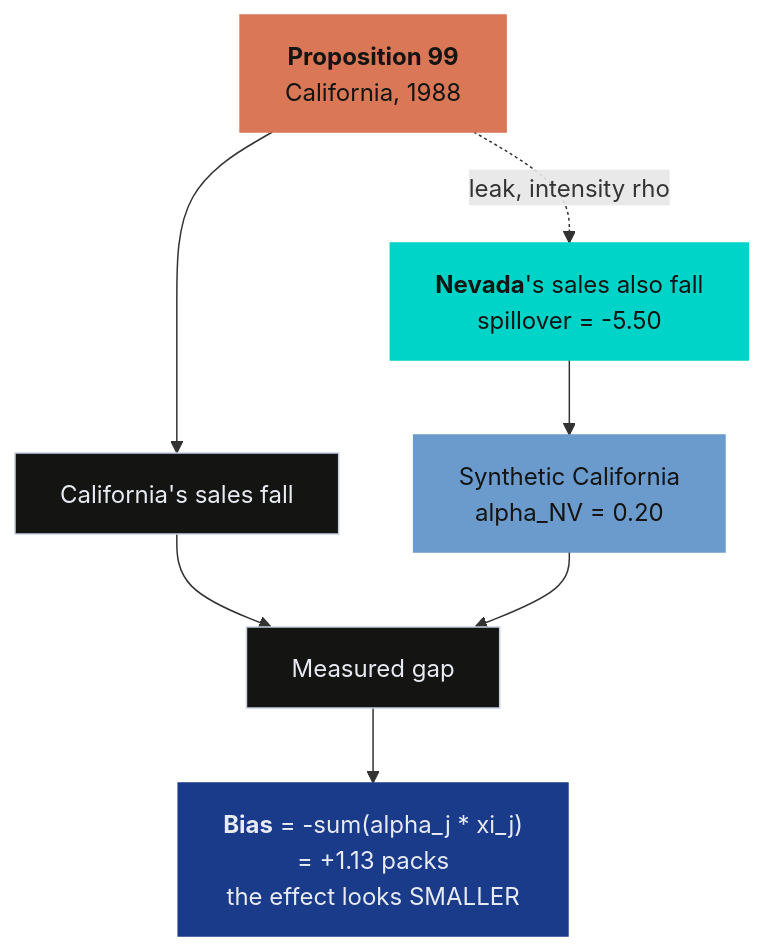
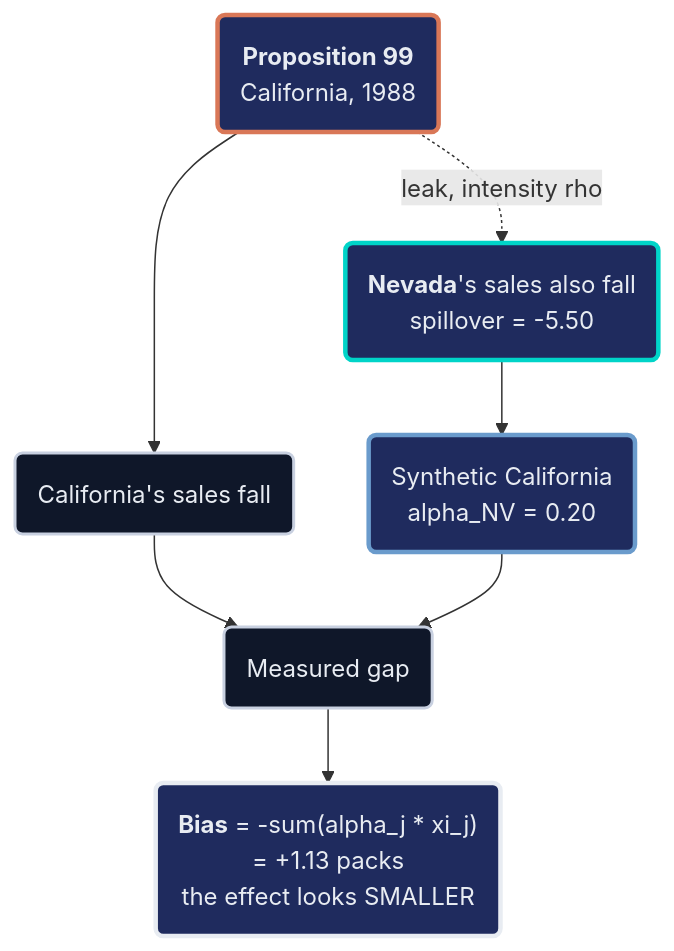
The second of 4 diagrams in content/post/python_sc_bayes_spatial/index.md (cmg777/starter-academic-v501), drawn with Mermaid before and after one commit. The commit also changed other lines of this file and 9 other files, not shown here.

First line of the commit message:
content(mermaid): restyle flowcharts in Python posts, batch 2 of 2

````diff
--- a/content/post/python_sc_bayes_spatial/index.md
+++ b/content/post/python_sc_bayes_spatial/index.md
@@ -828,15 +833,19 @@
 ```mermaid
 graph TD
-    P["<b>Proposition 99</b><br/>California, 1988"] --> CA["California's sales fall"]
-    P -.->|"leak, intensity rho"| NV["<b>Nevada</b>'s sales also fall<br/>spillover = -5.50"]
-    NV --> SYN["Synthetic California<br/>alpha_NV = 0.20"]
-    CA --> ATT["Measured gap"]
+    P("<b>Proposition 99</b><br/>California, 1988") --> CA("California's sales fall")
+    P -.->|"leak, intensity rho"| NV("<b>Nevada</b>'s sales also fall<br/>spillover = -5.50")
+    NV --> SYN("Synthetic California<br/>alpha_NV = 0.20")
+    CA --> ATT("Measured gap")
     SYN --> ATT
-    ATT --> BIAS["<b>Bias</b> = -sum(alpha_j * xi_j)<br/>= +1.13 packs<br/>the effect looks SMALLER"]
-    style P fill:#d97757,stroke:#d97757,color:#141413
-    style NV fill:#00d4c8,stroke:#00d4c8,color:#141413
-    style SYN fill:#6a9bcc,stroke:#6a9bcc,color:#141413
-    style BIAS fill:#1a3a8a,stroke:#1a3a8a,color:#e8ecf2
-    style CA fill:#141413,stroke:#c8d0e0,color:#e8ecf2
-    style ATT fill:#141413,stroke:#c8d0e0,color:#e8ecf2
+    ATT --> BIAS("<b>Bias</b> = -sum(alpha_j * xi_j)<br/>= +1.13 packs<br/>the effect looks SMALLER")
+    classDef orange fill:#1f2b5e,stroke:#d97757,stroke-width:3px,color:#e8ecf2
+    classDef anchor fill:#0f1729,stroke:#c8d0e0,stroke-width:2px,color:#e8ecf2
+    classDef teal fill:#1f2b5e,stroke:#00d4c8,stroke-width:3px,color:#e8ecf2
+    classDef blue fill:#1f2b5e,stroke:#6a9bcc,stroke-width:3px,color:#e8ecf2
+    classDef key fill:#1f2b5e,stroke:#e8ecf2,stroke-width:3px,color:#e8ecf2
+    class P orange
+    class CA,ATT anchor
+    class NV teal
+    class SYN blue
+    class BIAS key
 ```
````
